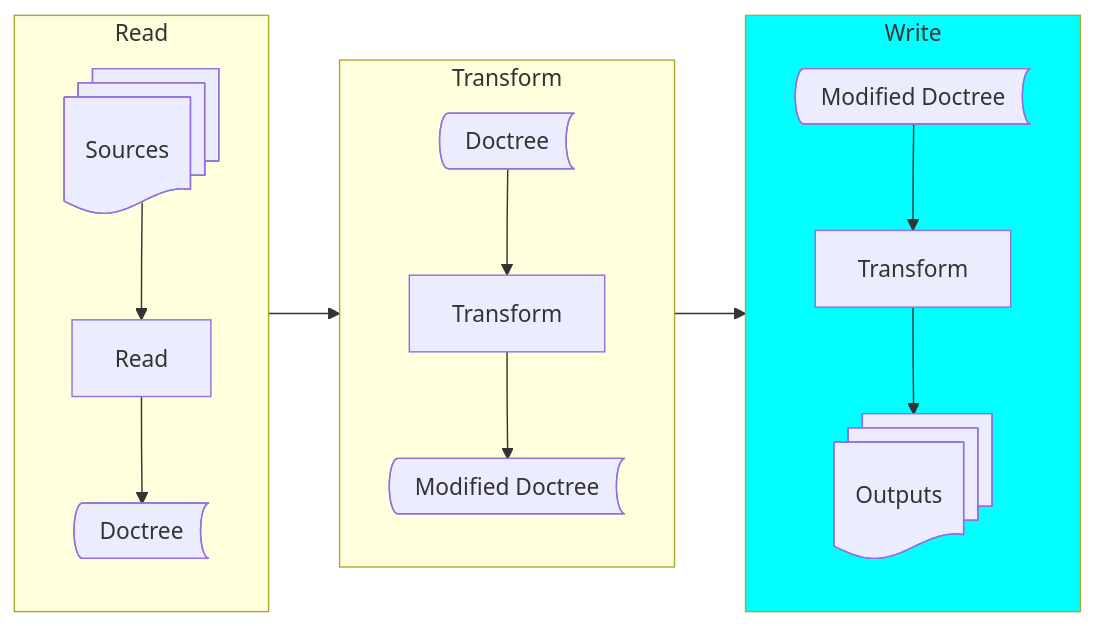
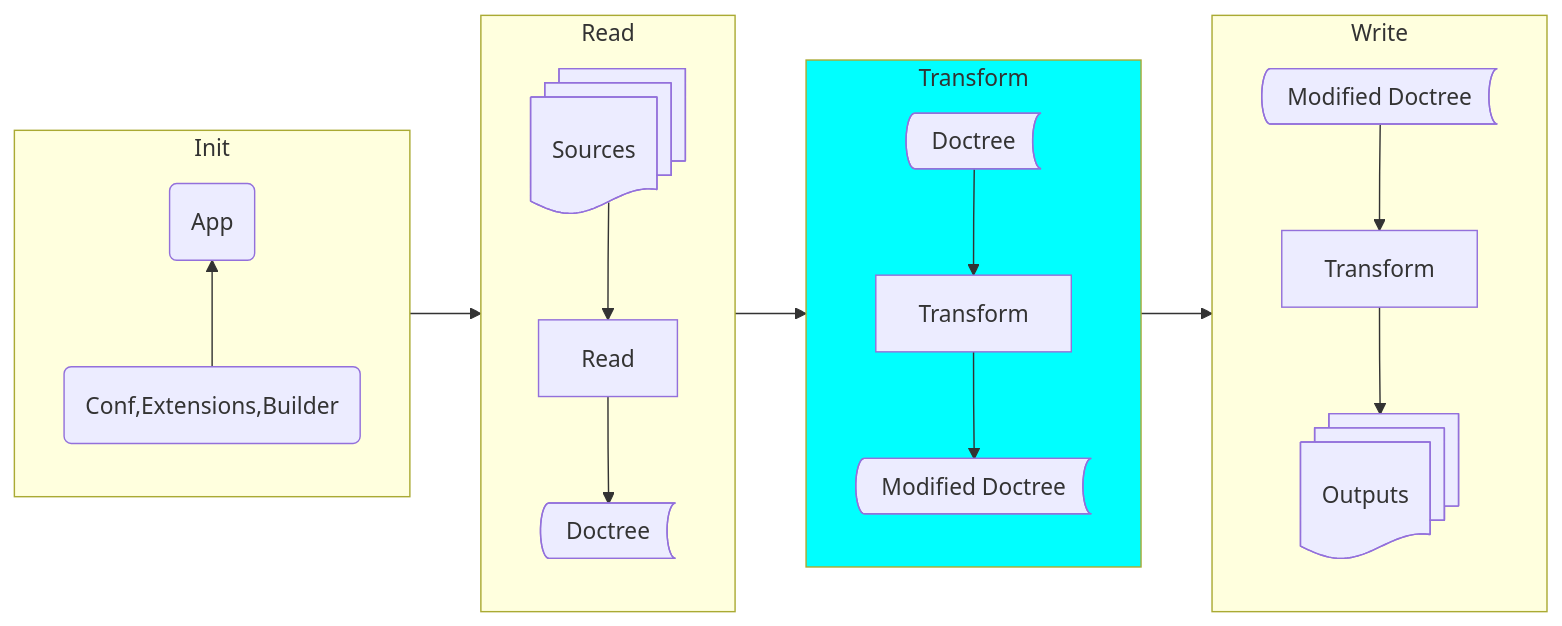
The diagram in content/graph/sphinx-step-3.mmd (attakei/the-slide), drawn with Mermaid before and after one commit. The commit also changed 4 other files, not shown here.

```diff
--- a/content/graph/sphinx-step-3.mmd
+++ b/content/graph/sphinx-step-3.mmd
@@ -1,26 +1,33 @@
 flowchart LR
+    subgraph Init
+        direction BT
+        C --> A
+    end
     subgraph Read
         direction TB
         S --> R
         R --> D1
     end
     subgraph Transform
         D2 --> T
         T --> D3
     end
     subgraph Write
         D4 --> W
         W --> O
     end
+    Init --> Read
     Read --> Transform
     Transform --> Write
+    A@{ shape: rounded, label: 'App'}
+    C@{ shape: rounded, label: 'Conf,Extensions,Builder'}
     S@{ shape: docs, label: "Sources" }
     R@{ shape: rect, label: "Read" }
     D1@{ shape: bow-rect, label: "Doctree" }
     D2@{ shape: bow-rect, label: "Doctree" }
     T@{ shape: rect, label: "Transform" }
     D3@{ shape: bow-rect, label: "Modified Doctree" }
     D4@{ shape: bow-rect, label: "Modified Doctree" }
     W@{ shape: rect, label: "Transform" }
     O@{ shape: docs, label: "Outputs" }
-    style Write fill:aqua;
+    style Transform fill:aqua;
```
